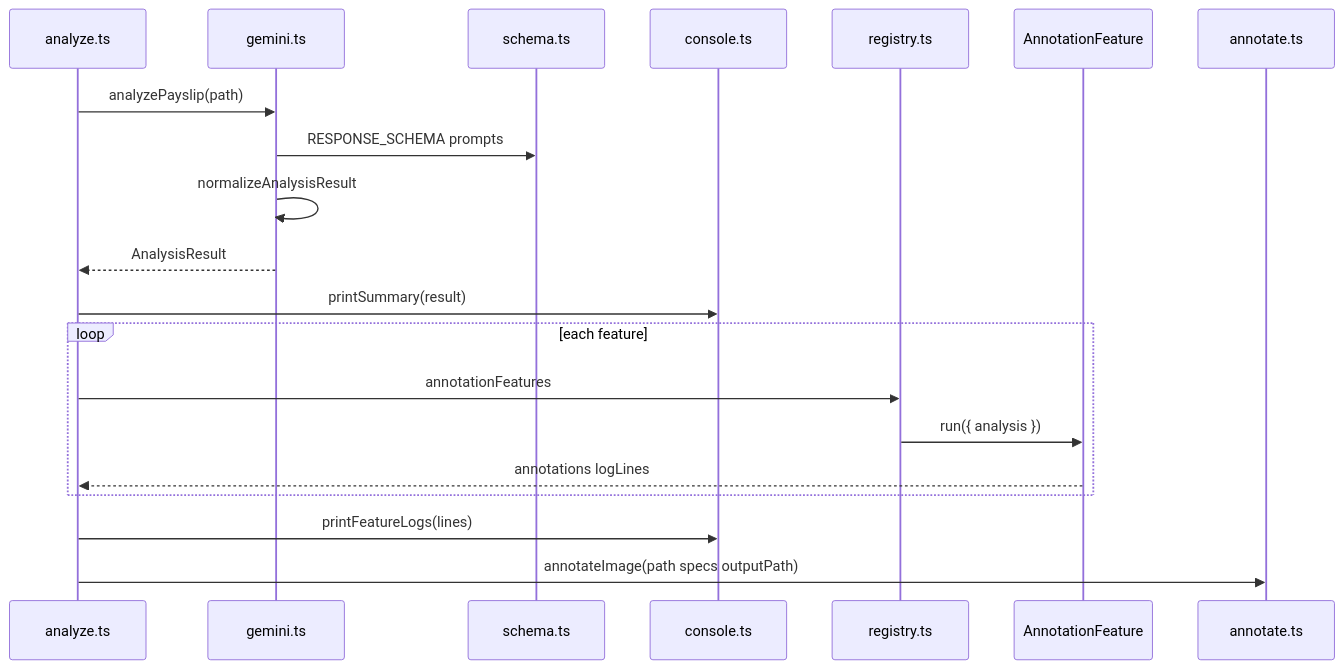
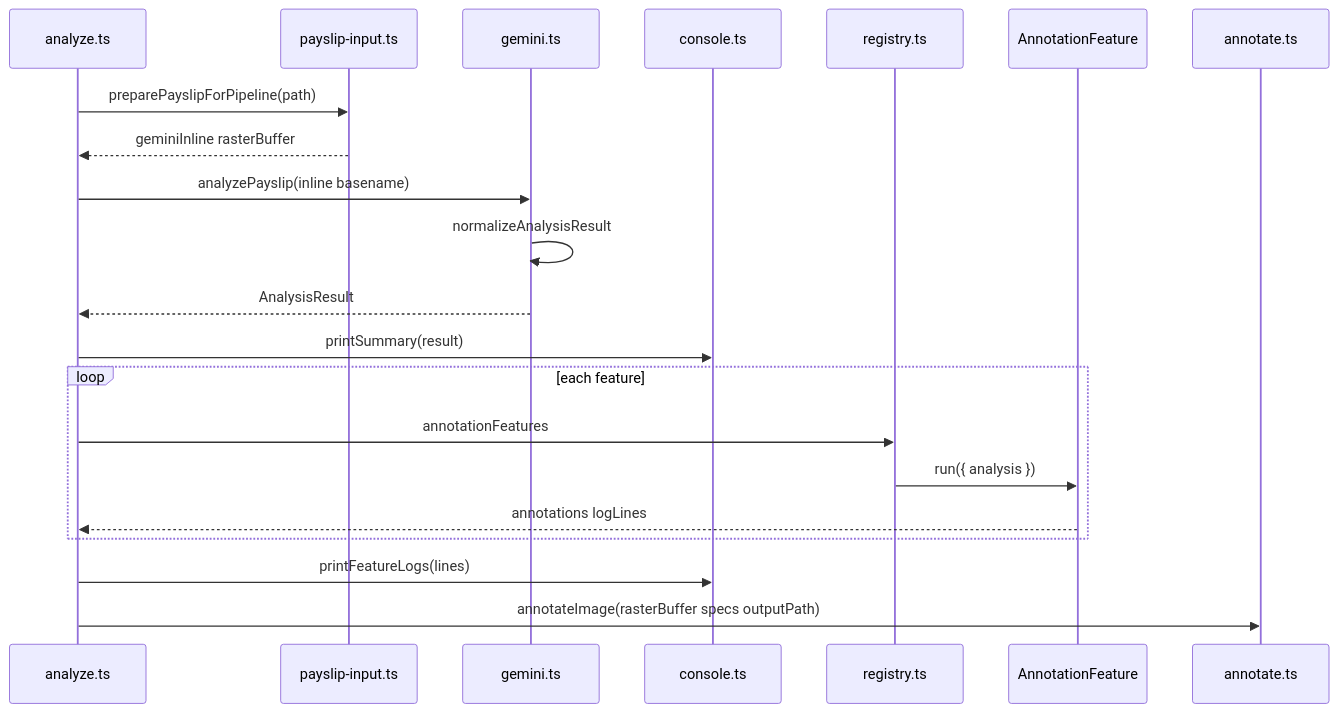
Before and after one commit to lirantal/payslip-analyzer: the first of 2 diagrams in docs/architecture.md, drawn with Mermaid. The commit also changed other lines of this file and 20 other files, not shown here.

Commit message:
feat: refactor to new architecture supporting "plugins" of features and new bounding box architecture

````diff
--- a/docs/architecture.md
+++ b/docs/architecture.md
@@ -35,23 +36,24 @@
 ```mermaid
 sequenceDiagram
   participant CLI as analyze.ts
+  participant Prep as payslip-input.ts
   participant Gem as gemini.ts
-  participant Sch as schema.ts
   participant Con as console.ts
   participant Reg as registry.ts
   participant Feat as AnnotationFeature
   participant Ann as annotate.ts
 
-  CLI->>Gem: analyzePayslip(path)
-  Gem->>Sch: RESPONSE_SCHEMA prompts
+  CLI->>Prep: preparePayslipForPipeline(path)
+  Prep-->>CLI: geminiInline rasterBuffer
+  CLI->>Gem: analyzePayslip(inline basename)
   Gem->>Gem: normalizeAnalysisResult
   Gem-->>CLI: AnalysisResult
   CLI->>Con: printSummary(result)
   loop each feature
     CLI->>Reg: annotationFeatures
     Reg->>Feat: run({ analysis })
     Feat-->>CLI: annotations logLines
   end
   CLI->>Con: printFeatureLogs(lines)
-  CLI->>Ann: annotateImage(path specs outputPath)
+  CLI->>Ann: annotateImage(rasterBuffer specs outputPath)
 ```
````
